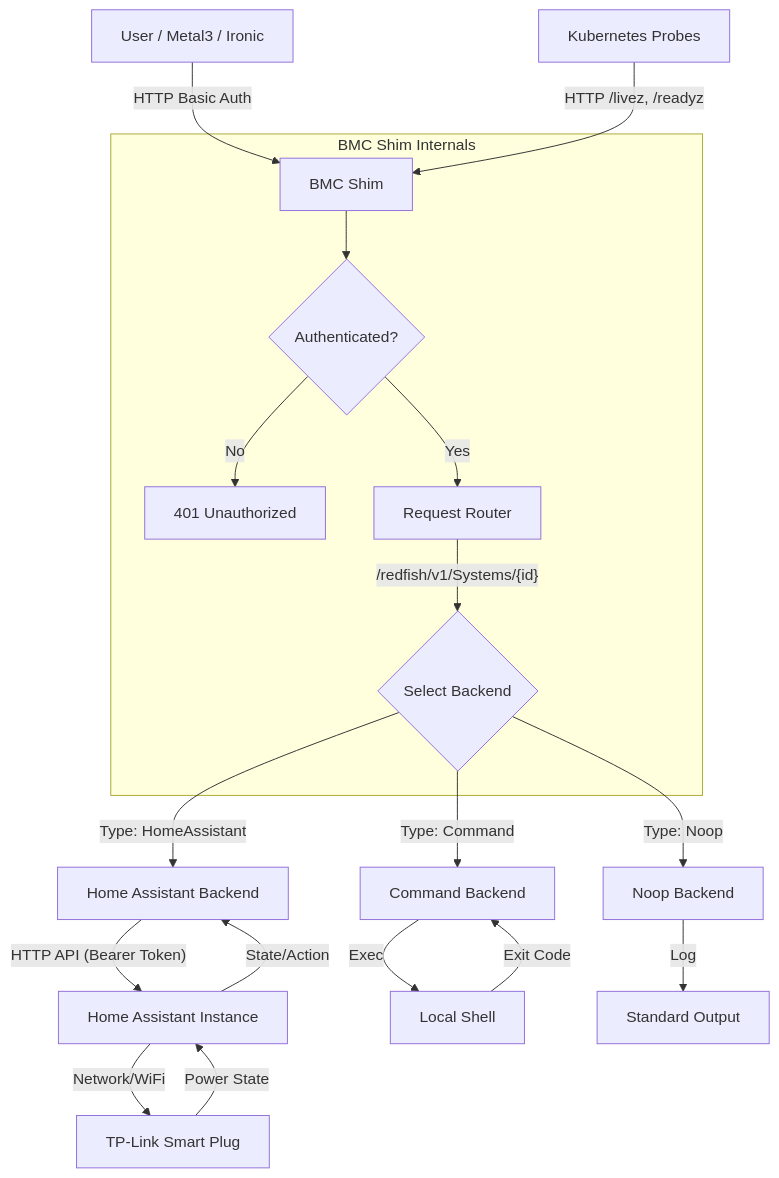
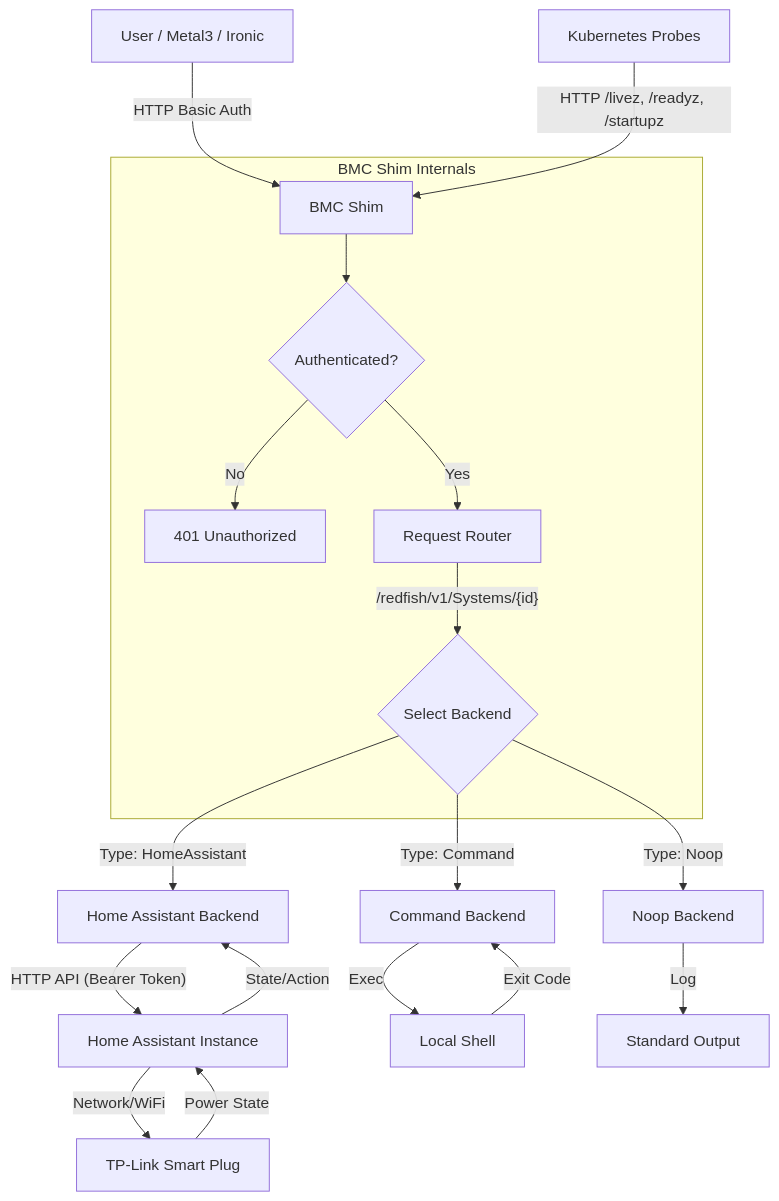
Before and after one commit to ArthurVardevanyan/bmc-shim: the diagram in README.md, drawn with Mermaid. The commit also changed other lines of this file and 1 other file, not shown here.

Commit message:
feat(bmc): startupz

````diff
--- a/README.md
+++ b/README.md
@@ -40,27 +41,27 @@
 ```mermaid
 graph TD
     User[User / Metal3 / Ironic] -->|HTTP Basic Auth| Shim[BMC Shim]
-    K8s[Kubernetes Probes] -->|HTTP /livez, /readyz| Shim
+    K8s[Kubernetes Probes] -->|HTTP /livez, /readyz, /startupz| Shim
 
     subgraph "BMC Shim Internals"
         Shim --> Auth{Authenticated?}
         Auth -->|No| 401[401 Unauthorized]
         Auth -->|Yes| Router[Request Router]
 
         Router -->|"/redfish/v1/Systems/{id}"| BackendSelect{Select Backend}
     end
 
     BackendSelect -->|Type: HomeAssistant| HA_Backend[Home Assistant Backend]
     BackendSelect -->|Type: Command| Cmd_Backend[Command Backend]
     BackendSelect -->|Type: Noop| Noop_Backend[Noop Backend]
 
     HA_Backend -->|"HTTP API (Bearer Token)"| HA[Home Assistant Instance]
     Cmd_Backend -->|Exec| Shell[Local Shell]
     Noop_Backend -->|Log| Stdout[Standard Output]
 
     HA -->|State/Action| HA_Backend
     Shell -->|Exit Code| Cmd_Backend
 
     HA -->|Network/WiFi| SmartPlug[TP-Link Smart Plug]
     SmartPlug -->|Power State| HA
 ```
````
